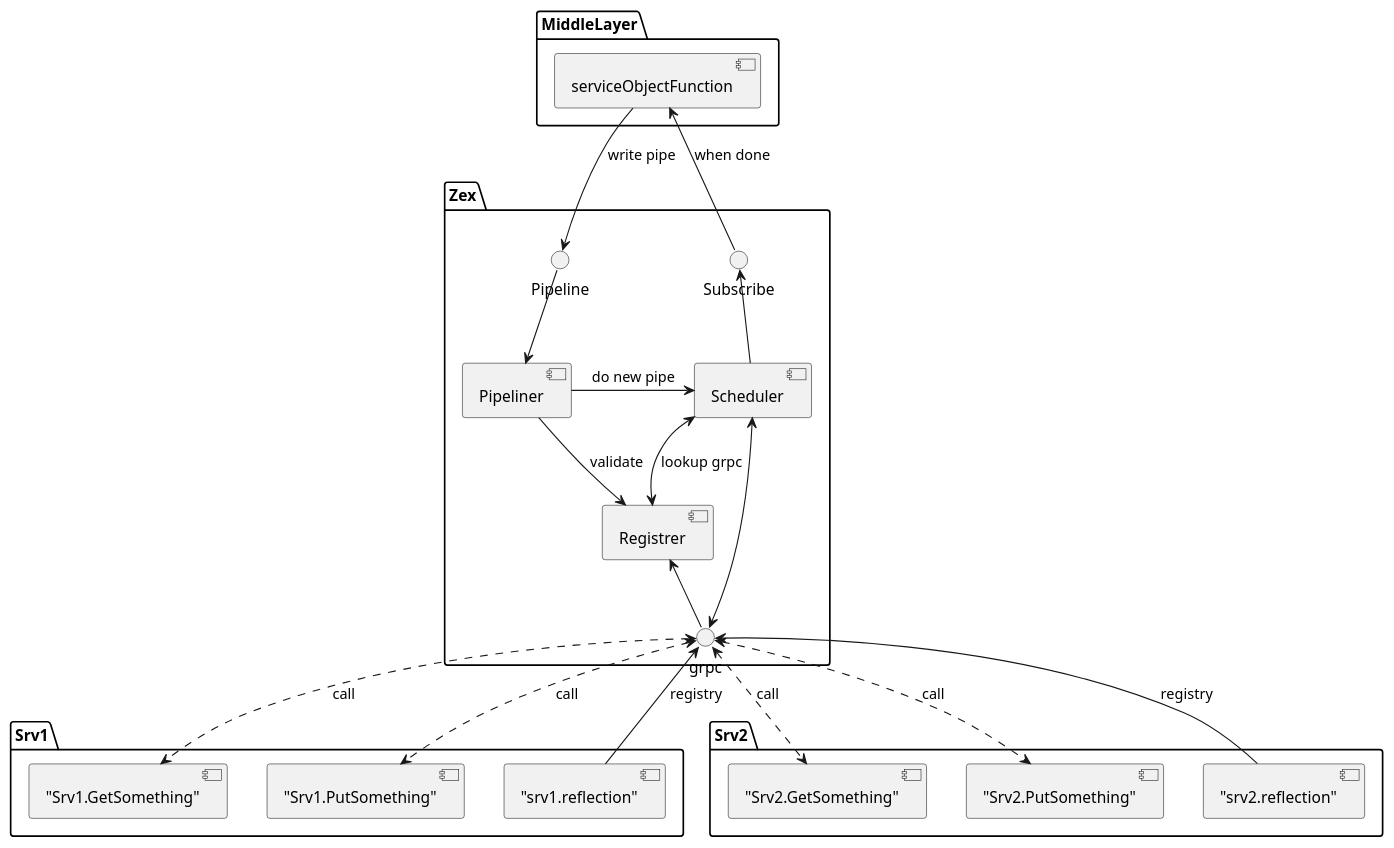
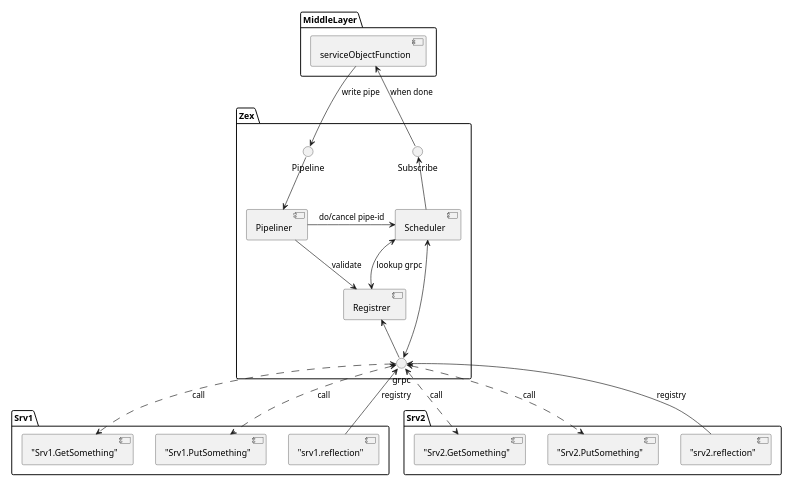
The diagram in doc/overview/zex-components.puml (lygo/zex), drawn with PlantUML before and after one commit. The commit also changed 4 other files, not shown here.

```diff
--- a/doc/overview/zex-components.puml
+++ b/doc/overview/zex-components.puml
@@ -1,38 +1,39 @@
 @startuml
+scale 700 width
 
 package "Zex" {
 Pipeline --> [Pipeliner]
 Subscribe <-- [Scheduler]
 
-[Scheduler] <-right- [Pipeliner]: do new pipe
+[Scheduler] <-right- [Pipeliner]: do/cancel pipe-id
 
 [Pipeliner] -down-> [Registrer] : validate
 
 [Scheduler] <--> [Registrer] : lookup grpc
 [Scheduler] <--> grpc
 
 [Registrer] <-- grpc
 }
 
 package "MiddleLayer" {
     [serviceObjectFunction] --> Pipeline : write pipe
     [serviceObjectFunction] <-- Subscribe: when done
 }
 
 
 package "Srv1" {
     ["srv1.reflection"] -up-> grpc : registry
     grpc <-..right-> ["Srv1.GetSomething"] : call
     grpc <-..right-> ["Srv1.PutSomething"] : call
 }
 
 
 
 package "Srv2" {
     ["srv2.reflection"] -up-> grpc : registry
     grpc <-..right-> ["Srv2.GetSomething"] : call
     grpc <-..right-> ["Srv2.PutSomething"] : call
 }
 
 
 @enduml
```
